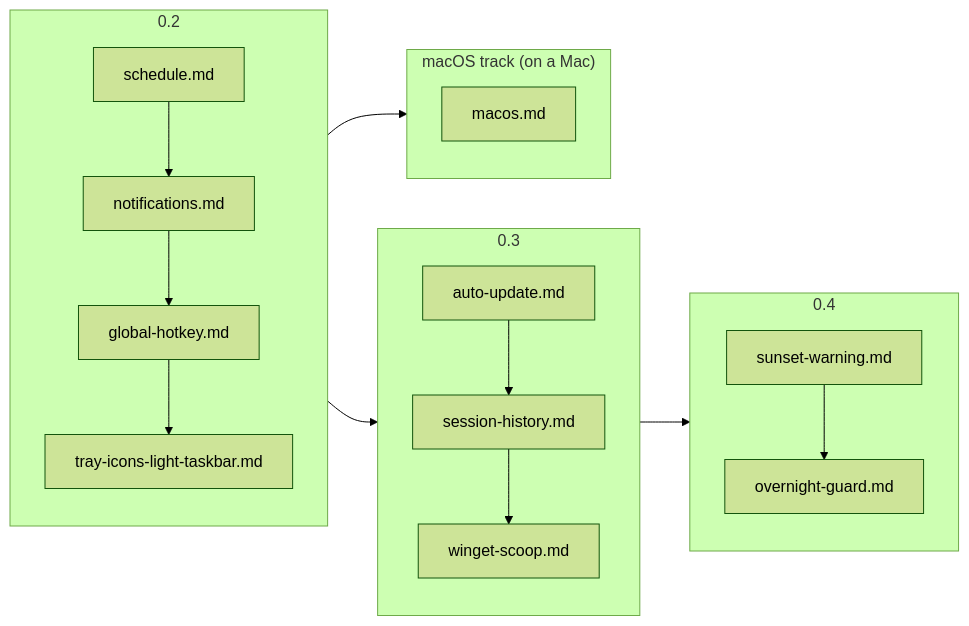
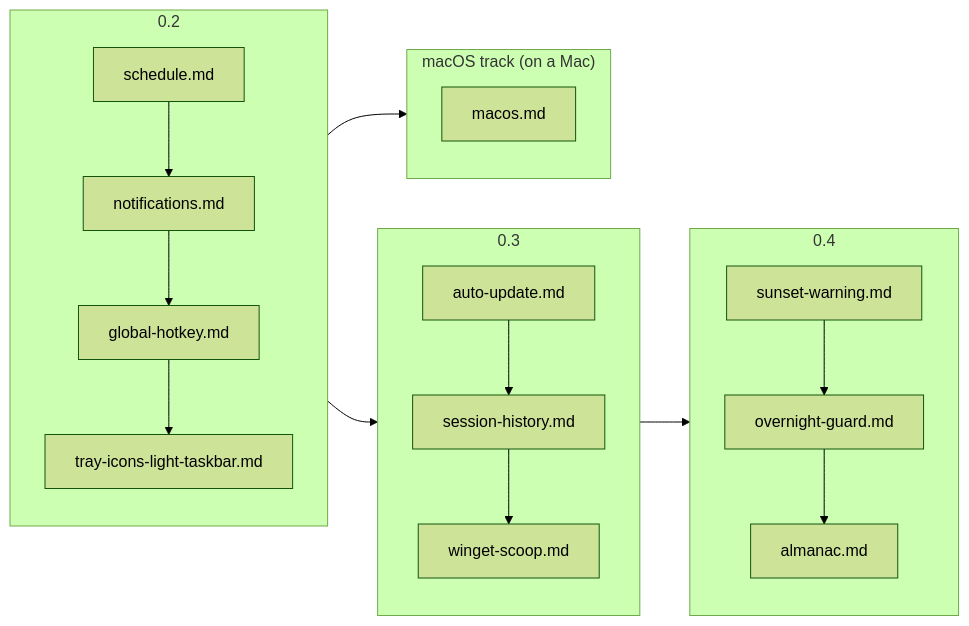
The diagram in docs/specs/README.md (ax5hay/KeepMeAwake), drawn with Mermaid (forest theme) before and after one commit. The commit also changed other lines of this file and 2 other files, not shown here.

Commit message:
docs(specs): the almanac
A book of days: hours worked, leave, and the night, all read from the
one thing the overnight guard already reads, how long since the last
input. The night is read backwards: the first touch of the morning
closes the bracket the last touch of the evening opened, so it is found
with the sun on Always or the laptop asleep alike, and nothing is asked.

Indexed in the specs README and listed under Next in the roadmap.

````diff
--- a/docs/specs/README.md
+++ b/docs/specs/README.md
@@ -7,22 +7,22 @@
 ```mermaid
 flowchart LR
     subgraph v02["0.2"]
         direction TB
         s["schedule.md"] --> n["notifications.md"] --> h["global-hotkey.md"] --> t["tray-icons-light-taskbar.md"]
     end
     subgraph v03["0.3"]
         direction TB
         u["auto-update.md"] --> hi["session-history.md"] --> w["winget-scoop.md"]
     end
     subgraph v04["0.4"]
         direction TB
-        sw["sunset-warning.md"] --> og["overnight-guard.md"]
+        sw["sunset-warning.md"] --> og["overnight-guard.md"] --> al["almanac.md"]
     end
     subgraph mac["macOS track (on a Mac)"]
         direction TB
         m["macos.md"]
     end
     v02 --> v03
     v03 --> v04
     v02 --> mac
 ```
````
